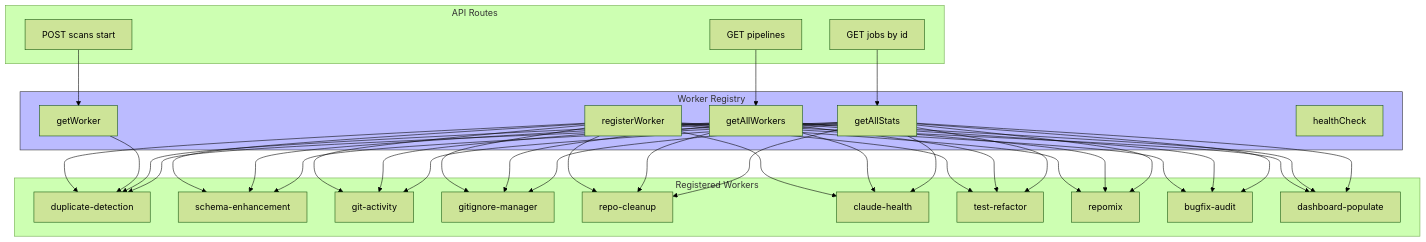
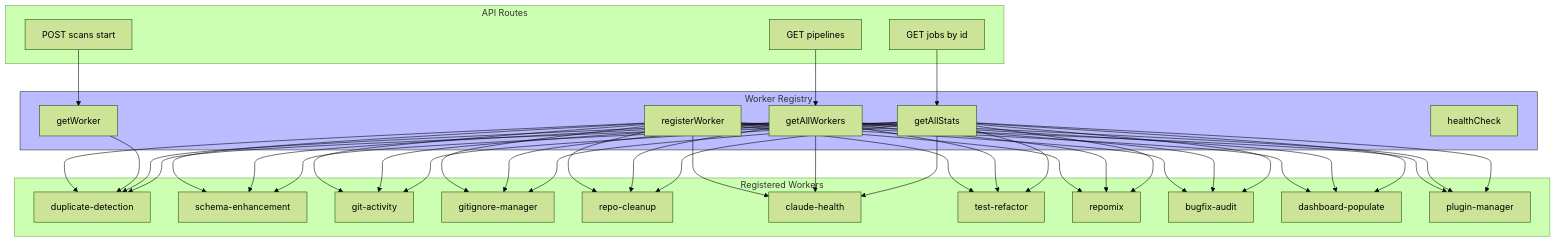
The ninth of 14 diagrams in docs/architecture/SYSTEM-DATA-FLOW.md (integritystudio/AlephAuto), drawn with Mermaid (forest theme) before and after one commit. The commit also changed other lines of this file and 7 other files, not shown here.

First line of the commit message:
docs(architecture): update and condense 8 architecture docs to match codebase

````diff
--- a/docs/architecture/SYSTEM-DATA-FLOW.md
+++ b/docs/architecture/SYSTEM-DATA-FLOW.md
@@ -510,42 +510,43 @@
 ```mermaid
 flowchart TB
     subgraph Registry["Worker Registry"]
         Register["registerWorker"]
         Get["getWorker"]
         All["getAllWorkers"]
         Stats["getAllStats"]
         Health["healthCheck"]
     end
 
     subgraph Workers["Registered Workers"]
         DD["duplicate-detection"]
         SE["schema-enhancement"]
         GA["git-activity"]
         GI["gitignore-manager"]
         RC["repo-cleanup"]
         CH["claude-health"]
         TR["test-refactor"]
         RM["repomix"]
         BA["bugfix-audit"]
         DP["dashboard-populate"]
+        PM["plugin-manager"]
     end
 
     subgraph API["API Routes"]
         Start["POST scans start"]
         List["GET pipelines"]
         Status["GET jobs by id"]
     end
 
-    Register --> DD & SE & GA & GI & RC & CH & TR & RM & BA & DP
+    Register --> DD & SE & GA & GI & RC & CH & TR & RM & BA & DP & PM
 
     Start --> Get
     Get --> DD
 
     List --> All
-    All --> DD & SE & GA & GI & RC & CH & TR & RM & BA & DP
+    All --> DD & SE & GA & GI & RC & CH & TR & RM & BA & DP & PM
 
     Status --> Stats
-    Stats --> DD & SE & GA & GI & RC & CH & TR & RM & BA & DP
+    Stats --> DD & SE & GA & GI & RC & CH & TR & RM & BA & DP & PM
 
     style Registry fill:#bbf,stroke:#333
 ```
````
